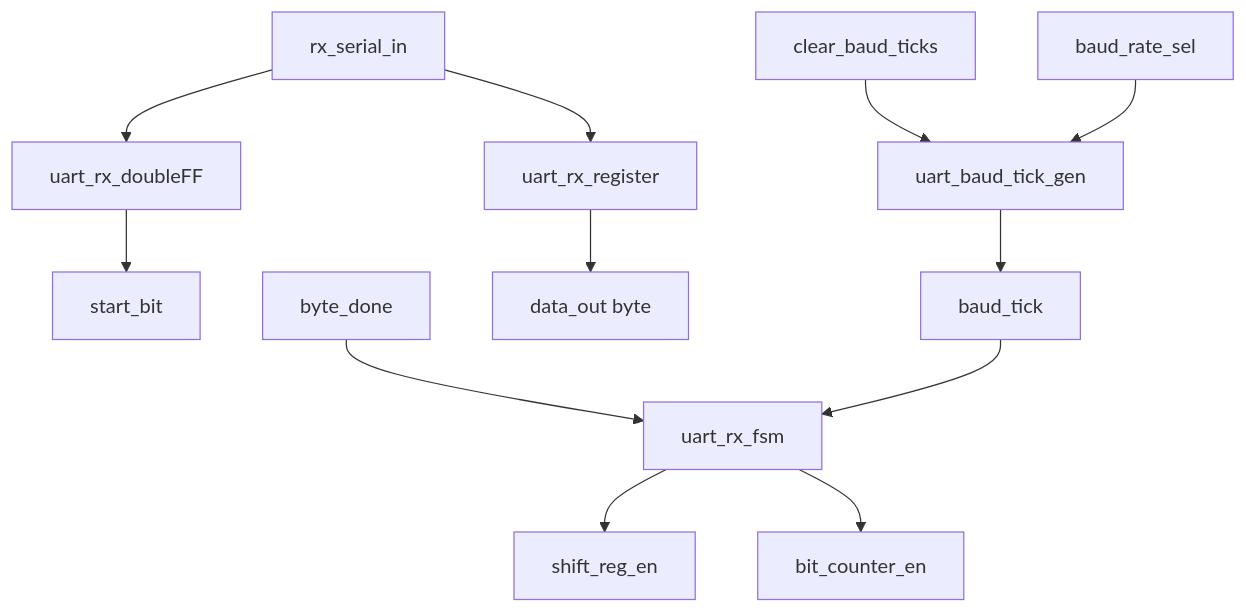
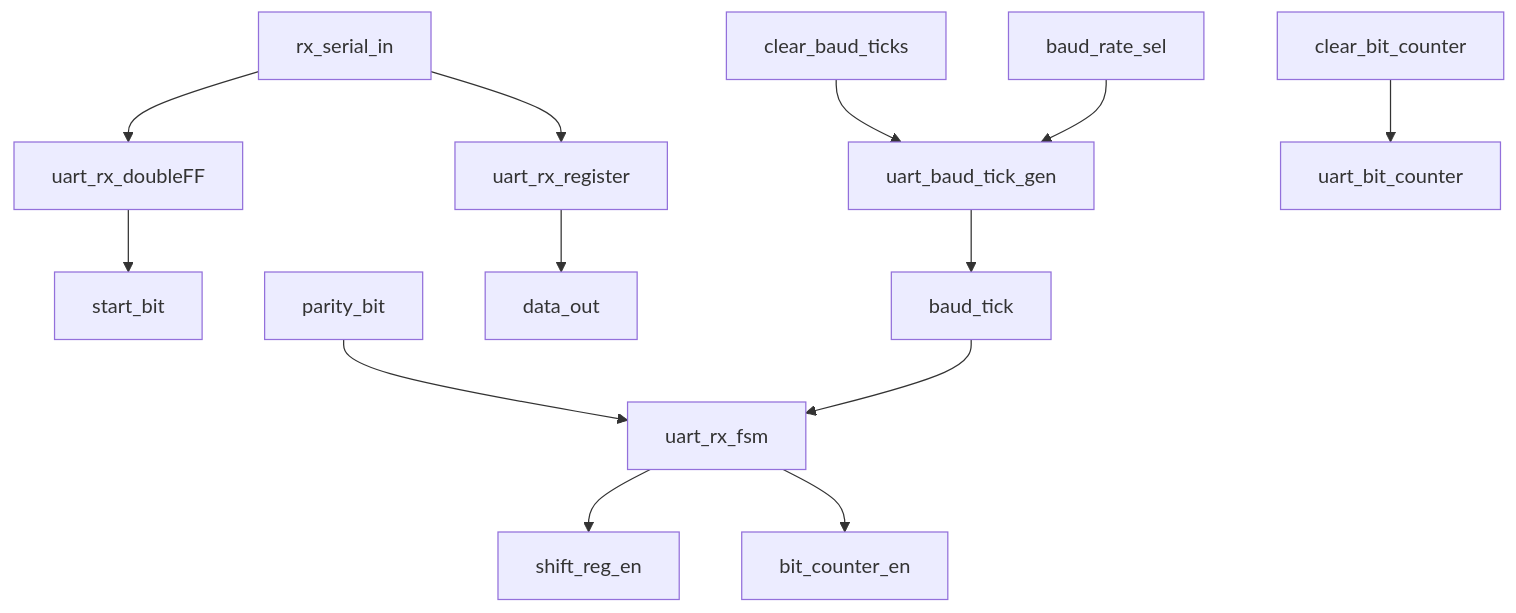
Before and after one commit to dmz4/uart_control_datapath_core: the third of 4 diagrams in README.md, drawn with Mermaid. The commit also changed other lines of this file and 16 other files, not shown here.

Commit message:
feat(rtl): add parity-aware UART TX frame generation and output selection

````diff
--- a/README.md
+++ b/README.md
@@ -114,14 +118,15 @@
 ```mermaid
 flowchart TD
     A[rx_serial_in] --> B[uart_rx_doubleFF]
     B --> C[start_bit]
     A --> D[uart_rx_register]
     E[baud_rate_sel] --> F[uart_baud_tick_gen]
     F --> G[baud_tick]
     G --> H[uart_rx_fsm]
     H --> I[shift_reg_en]
     H --> J[bit_counter_en]
-    D --> K[data_out byte]
+    D --> K[data_out]
     L[clear_baud_ticks] --> F
-    M[byte_done] --> H
+    M[clear_bit_counter] --> N[uart_bit_counter]
+    O[parity_bit] --> H
 ```
````
